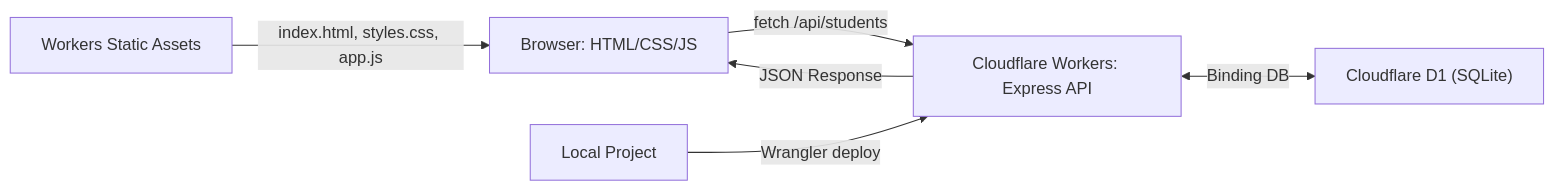
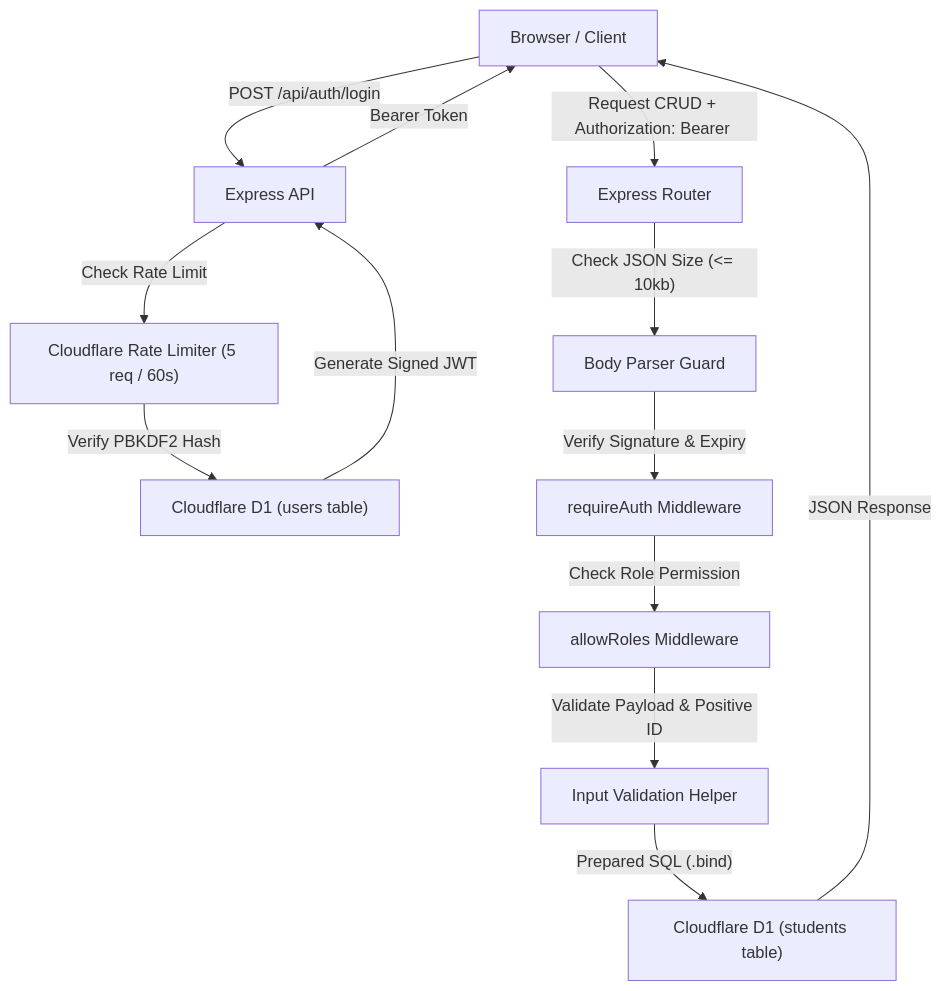
The diagram in README.md (FirmanDN0/paas-express-worker), drawn with Mermaid before and after one commit. The commit also changed other lines of this file and 16 other files, not shown here.

Commit message:
feat(minggu8): implement advanced input validation, JWT authentication, RBAC, secrets, and rate limiting

````diff
--- a/README.md
+++ b/README.md
@@ -15,8 +16,16 @@
 ```mermaid
-flowchart LR
-  A["Browser: HTML/CSS/JS"] -->|"fetch /api/students"| B["Cloudflare Workers: Express API"]
-  B <-->|"Binding DB"| C["Cloudflare D1 (SQLite)"]
-  B -->|"JSON Response"| A
-  D["Local Project"] -->|"Wrangler deploy"| B
-  E["Workers Static Assets"] -->|"index.html, styles.css, app.js"| A
+flowchart TD
+  A["Browser / Client"] -->|"POST /api/auth/login"| B["Express API"]
+  B -->|"Check Rate Limit"| RL["Cloudflare Rate Limiter (5 req / 60s)"]
+  RL -->|"Verify PBKDF2 Hash"| D1["Cloudflare D1 (users table)"]
+  D1 -->|"Generate Signed JWT"| B
+  B -->|"Bearer Token"| A
+  
+  A -->|"Request CRUD + Authorization: Bearer <token>"| EX["Express Router"]
+  EX -->|"Check JSON Size (<= 10kb)"| VP["Body Parser Guard"]
+  VP -->|"Verify Signature & Expiry"| MA["requireAuth Middleware"]
+  MA -->|"Check Role Permission"| MR["allowRoles Middleware"]
+  MR -->|"Validate Payload & Positive ID"| VAL["Input Validation Helper"]
+  VAL -->|"Prepared SQL (.bind)"| D1S["Cloudflare D1 (students table)"]
+  D1S -->|"JSON Response"| A
 ```
````
